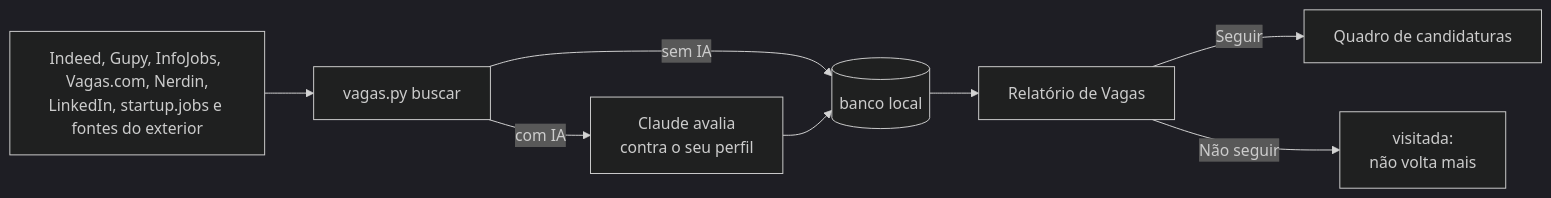
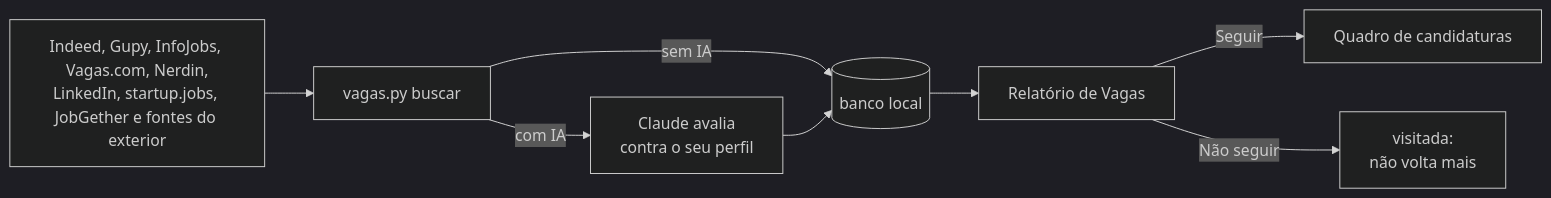
Before and after one commit to SouMarcel/meu-proximo-trampo: the diagram in README.md, drawn with Mermaid (dark theme). The commit also changed other lines of this file and 21 other files, not shown here.

First line of the commit message:
JobGether na busca (spec 030): API oficial para assistentes, desligado por padrão

````diff
--- a/README.md
+++ b/README.md
@@ -109,10 +110,10 @@
 ```mermaid
 flowchart LR
-  A[Indeed, Gupy, InfoJobs, Vagas.com, Nerdin,<br/>LinkedIn, startup.jobs e fontes do exterior] --> B[vagas.py buscar]
+  A[Indeed, Gupy, InfoJobs, Vagas.com, Nerdin,<br/>LinkedIn, startup.jobs, JobGether e fontes do exterior] --> B[vagas.py buscar]
   B -->|sem IA| D[(banco local)]
   B -->|com IA| C[Claude avalia<br/>contra o seu perfil]
   C --> D
   D --> E[Relatório de Vagas]
   E -->|Seguir| F[Quadro de candidaturas]
   E -->|Não seguir| G[visitada:<br/>não volta mais]
 ```
````
